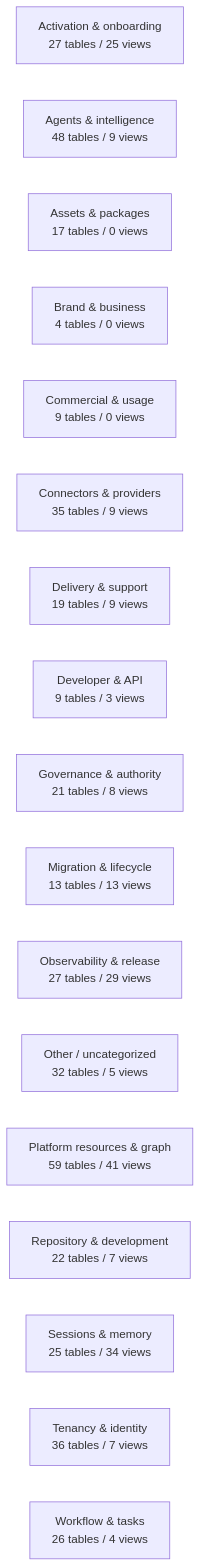
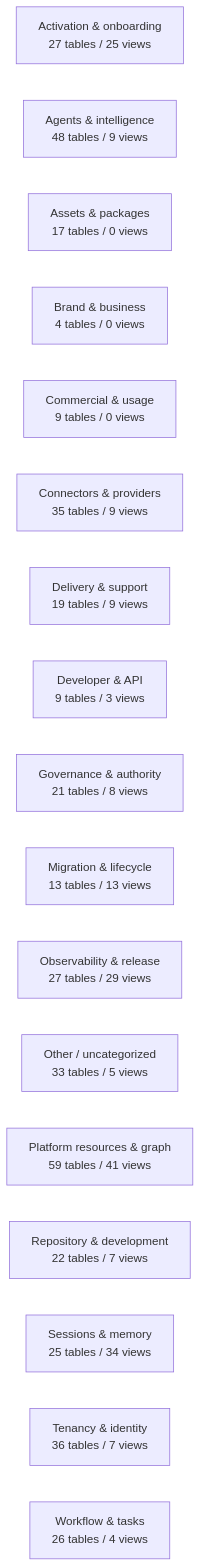
One commit to mad4bdigital-ai/multi-business-multi-role-growth-intelligence-os changed the diagram in docs/work-maps/data-model-domain-map.md. Above: the diagram before and after it, drawn with Mermaid. The commit also changed other lines of this file and 5 other files, not shown here.

````diff
--- a/docs/work-maps/data-model-domain-map.md
+++ b/docs/work-maps/data-model-domain-map.md
@@ -9,20 +9,20 @@
 ```mermaid
 flowchart LR
   n_Activation___onboarding["Activation & onboarding<br/>27 tables / 25 views"]
   n_Agents___intelligence["Agents & intelligence<br/>48 tables / 9 views"]
   n_Assets___packages["Assets & packages<br/>17 tables / 0 views"]
   n_Brand___business["Brand & business<br/>4 tables / 0 views"]
   n_Commercial___usage["Commercial & usage<br/>9 tables / 0 views"]
   n_Connectors___providers["Connectors & providers<br/>35 tables / 9 views"]
   n_Delivery___support["Delivery & support<br/>19 tables / 9 views"]
   n_Developer___API["Developer & API<br/>9 tables / 3 views"]
   n_Governance___authority["Governance & authority<br/>21 tables / 8 views"]
   n_Migration___lifecycle["Migration & lifecycle<br/>13 tables / 13 views"]
   n_Observability___release["Observability & release<br/>27 tables / 29 views"]
-  n_Other___uncategorized["Other / uncategorized<br/>32 tables / 5 views"]
+  n_Other___uncategorized["Other / uncategorized<br/>33 tables / 5 views"]
   n_Platform_resources___graph["Platform resources & graph<br/>59 tables / 41 views"]
   n_Repository___development["Repository & development<br/>22 tables / 7 views"]
   n_Sessions___memory["Sessions & memory<br/>25 tables / 34 views"]
   n_Tenancy___identity["Tenancy & identity<br/>36 tables / 7 views"]
   n_Workflow___tasks["Workflow & tasks<br/>26 tables / 4 views"]
 ```
````
